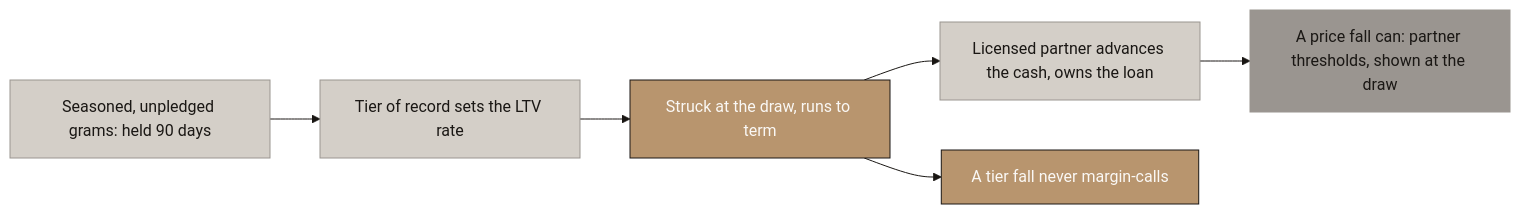
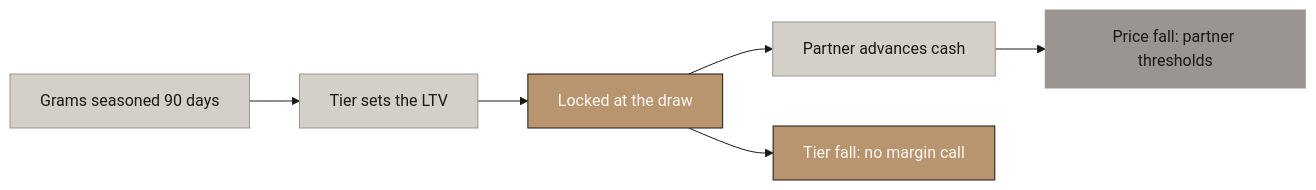
One commit to Abdsys/Aurumix changed the third of 6 diagrams in deliverables/2-mechanism-design/Aurumix_Process_Maps_ICS_Benefits.md. Above: the diagram before and after it, drawn with Mermaid. The commit also changed other lines of this file, not shown here.

````diff
--- a/deliverables/2-mechanism-design/Aurumix_Process_Maps_ICS_Benefits.md
+++ b/deliverables/2-mechanism-design/Aurumix_Process_Maps_ICS_Benefits.md
@@ -134,27 +108,27 @@
 ```mermaid
 %%{init: {'theme': 'base', 'themeVariables': {
     'primaryColor': '#B8956E',
     'primaryTextColor': '#1A1714',
     'primaryBorderColor': '#1A1714',
     'lineColor': '#1A1714',
     'secondaryColor': '#FAF8F5',
     'tertiaryColor': '#D4CFC8',
     'fontFamily': 'Libre Franklin, sans-serif',
     'edgeLabelBackground': '#D4CFC8',
     'clusterBkg': '#FAF8F5',
     'clusterBorder': '#B8956E'
 }}}%%
 graph LR
-    A["Seasoned, unpledged grams: held 90 days"] --> B["Tier of record sets the LTV rate"]
-    B --> C["Struck at the draw, runs to term"]
-    C --> D["Licensed partner advances the cash, owns the loan"]
-    C --> E["A tier fall never margin-calls"]
-    D --> F["A price fall can: partner thresholds, shown at the draw"]
+    A["Grams seasoned 90 days"] --> B["Tier sets the LTV"]
+    B --> C["Locked at the draw"]
+    C --> D["Partner advances cash"]
+    C --> E["Tier fall: no margin call"]
+    D --> F["Price fall: partner thresholds"]
 
     style A fill:#D4CFC8,stroke:#9A9590,color:#1A1714
     style B fill:#D4CFC8,stroke:#9A9590,color:#1A1714
     style C fill:#B8956E,stroke:#1A1714,color:#FAF8F5
     style D fill:#D4CFC8,stroke:#9A9590,color:#1A1714
     style E fill:#B8956E,stroke:#1A1714,color:#FAF8F5
     style F fill:#9A9590,stroke:#9A9590,color:#1A1714
 ```
````
